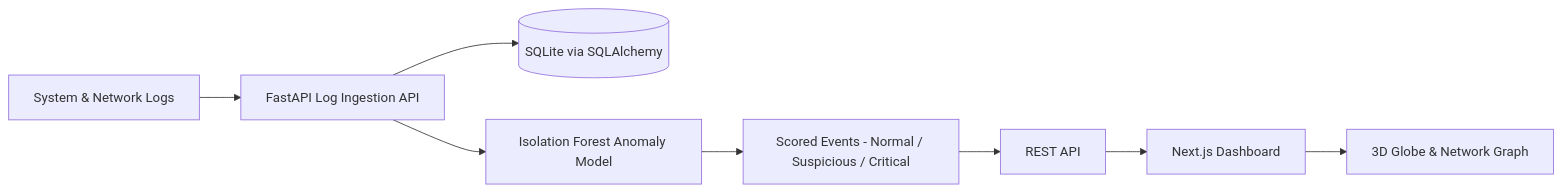
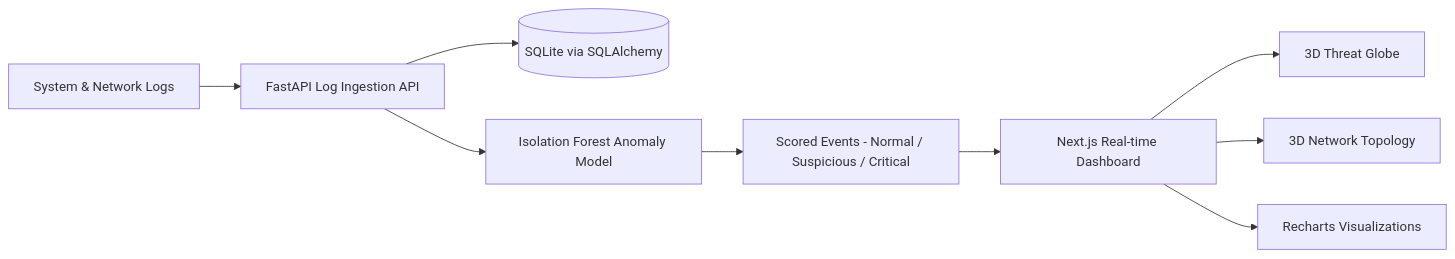
Before and after one commit to DHANUSHGCODE/AI-Powered-Security-Monitoring-Threat-Detection-Platform: the diagram in README.md, drawn with Mermaid. The commit also changed other lines of this file, not shown here.

Commit message:
docs: fix clone URL, Next.js badge v15, API description, add Demo section

````diff
--- a/README.md
+++ b/README.md
@@ -18,10 +18,11 @@
 ```mermaid
 flowchart LR
     Logs[System & Network Logs] --> Ingest[FastAPI Log Ingestion API]
     Ingest --> DB[(SQLite via SQLAlchemy)]
     Ingest --> Model[Isolation Forest Anomaly Model]
     Model --> Scored[Scored Events - Normal / Suspicious / Critical]
-    Scored --> API[REST API]
-    API --> Dashboard[Next.js Dashboard]
-    Dashboard --> Visuals[3D Globe & Network Graph]
+    Scored --> Dashboard[Next.js Real-time Dashboard]
+    Dashboard --> Globe[3D Threat Globe]
+    Dashboard --> Graph[3D Network Topology]
+    Dashboard --> Charts[Recharts Visualizations]
 ```
````
